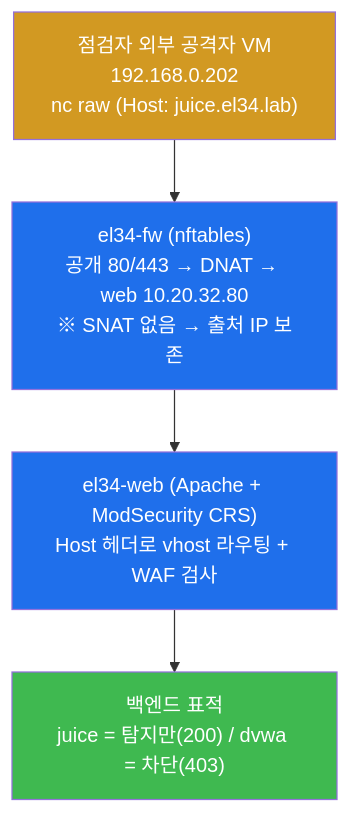
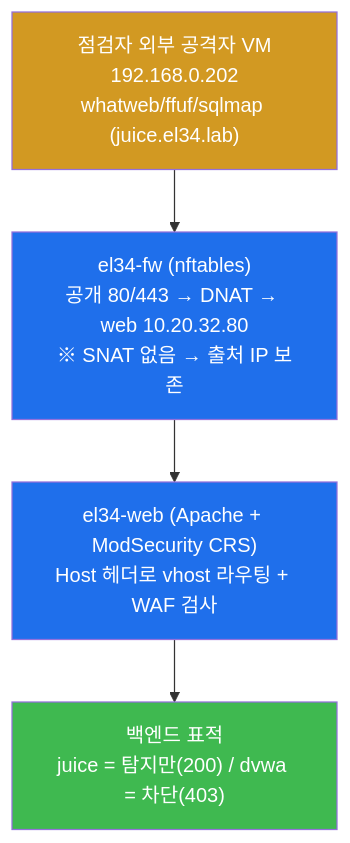
The seventh of 10 diagrams in contents/training/web-vuln/lecture_week08.md (mrgrit/tw2), drawn with Mermaid before and after one commit. The commit also changed other lines of this file and 25 other files, not shown here.

First line of the commit message:
fix(web-vuln): nc(raw HTTP) → 진짜 공격도구 (sqlmap/dalfox/ffuf/nikto/nuclei/hydra/whatweb)

````diff
--- a/contents/training/web-vuln/lecture_week08.md
+++ b/contents/training/web-vuln/lecture_week08.md
@@ -369,12 +369,12 @@
 ```mermaid
 graph TD
-    ATK["점검자 외부 공격자 VM<br/>192.168.0.202<br/>nc raw (Host: juice.el34.lab)"]
+    ATK["점검자 외부 공격자 VM<br/>192.168.0.202<br/>whatweb/ffuf/sqlmap (juice.el34.lab)"]
     FW["el34-fw (nftables)<br/>공개 80/443 → DNAT → web 10.20.32.80<br/>※ SNAT 없음 → 출처 IP 보존"]
     WEB["el34-web (Apache + ModSecurity CRS)<br/>Host 헤더로 vhost 라우팅 + WAF 검사"]
     APP["백엔드 표적<br/>juice = 탐지만(200) / dvwa = 차단(403)"]
     ATK --> FW --> WEB --> APP
     style ATK fill:#d29922,color:#fff
     style FW fill:#1f6feb,color:#fff
     style WEB fill:#1f6feb,color:#fff
     style APP fill:#3fb950,color:#fff
 ```
````
